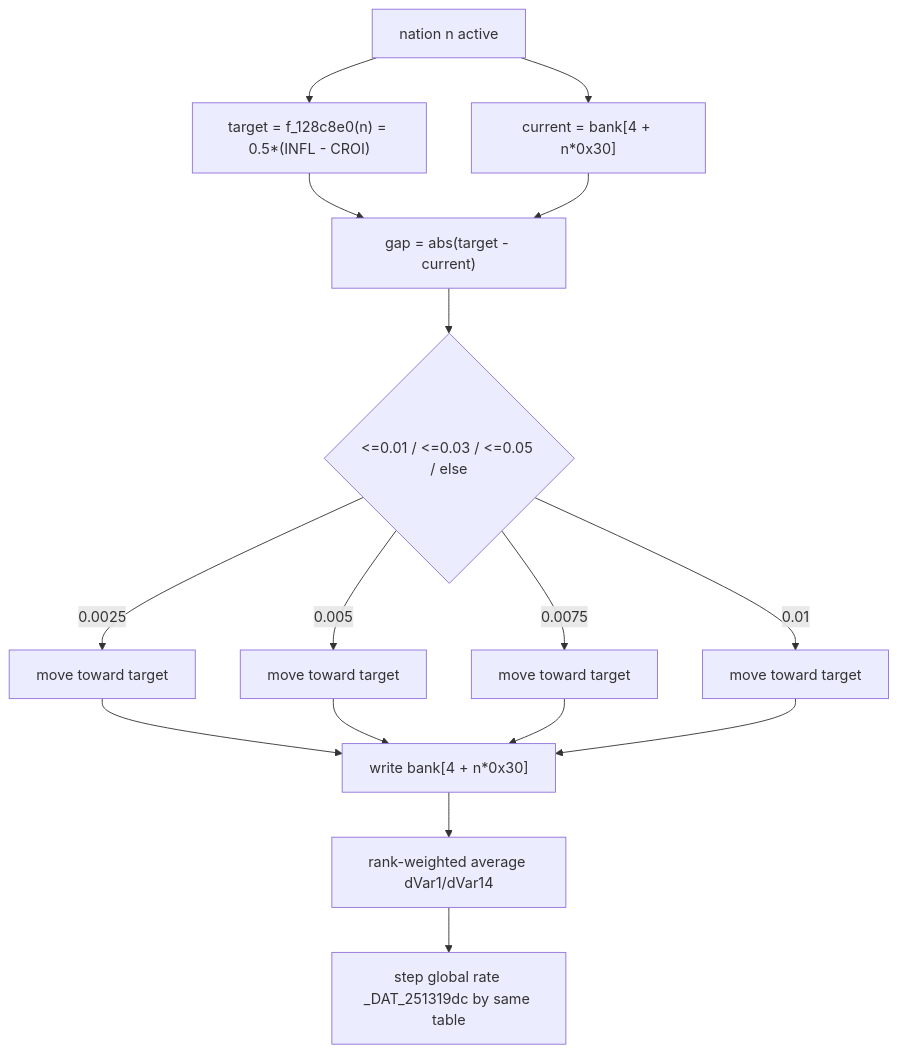
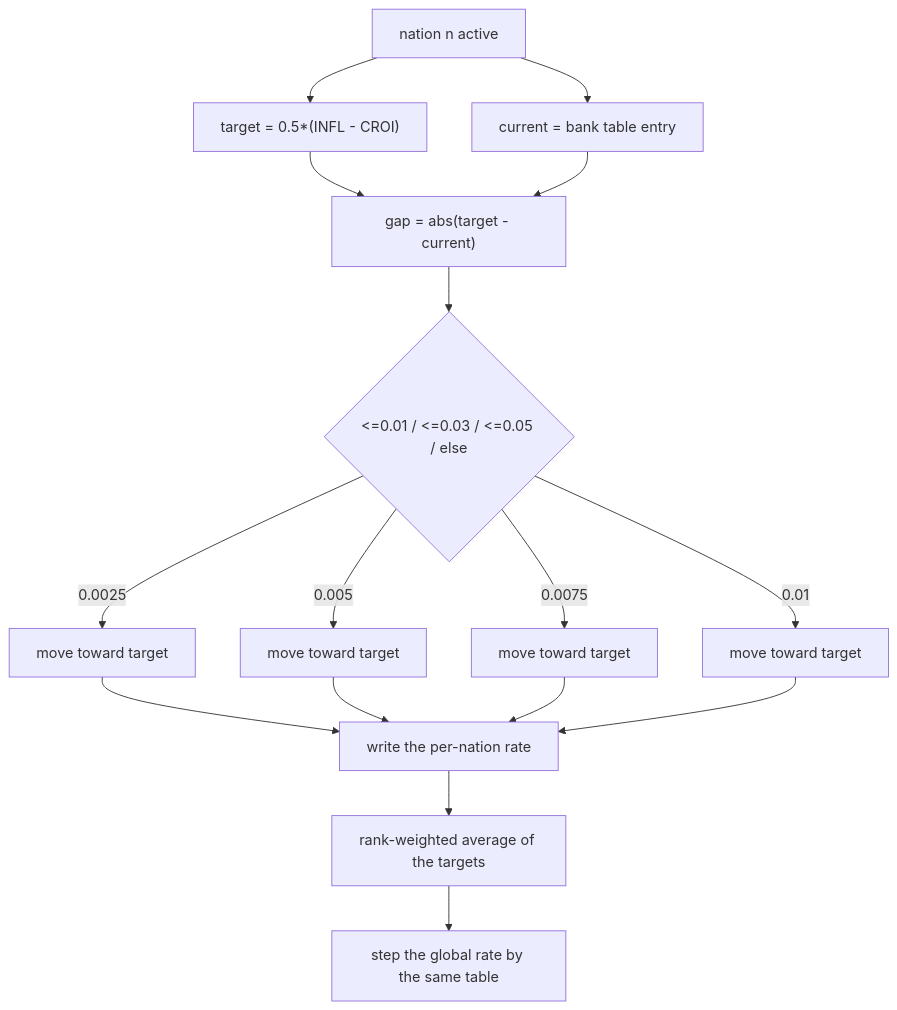
One commit to CthulhuOnIce/GPS-Docs changed the seventh of 8 diagrams in 02_ECONOMY.md. Above: the diagram before and after it, drawn with Mermaid. The commit also changed other lines of this file and 5 other files, not shown here.

````diff
--- a/02_ECONOMY.md
+++ b/02_ECONOMY.md
@@ -761,18 +874,18 @@
 ```mermaid
 flowchart TD
-    N["nation n active"] --> TGT["target = f_128c8e0(n) = 0.5*(INFL - CROI)"]
-    N --> CUR["current = bank[4 + n*0x30]"]
+    N["nation n active"] --> TGT["target = 0.5*(INFL - CROI)"]
+    N --> CUR["current = bank table entry"]
     TGT --> GAP["gap = abs(target - current)"]
     CUR --> GAP
     GAP --> STEP{"<=0.01 / <=0.03 / <=0.05 / else"}
     STEP -->|0.0025| S1["move toward target"]
     STEP -->|0.005| S2["move toward target"]
     STEP -->|0.0075| S3["move toward target"]
     STEP -->|0.01| S4["move toward target"]
-    S1 --> WR["write bank[4 + n*0x30]"]
+    S1 --> WR["write the per-nation rate"]
     S2 --> WR
     S3 --> WR
     S4 --> WR
-    WR --> GLOB["rank-weighted average dVar1/dVar14"]
-    GLOB --> WGR["step global rate _DAT_251319dc by same table"]
+    WR --> GLOB["rank-weighted average of the targets"]
+    GLOB --> WGR["step the global rate by the same table"]
 ```
````
